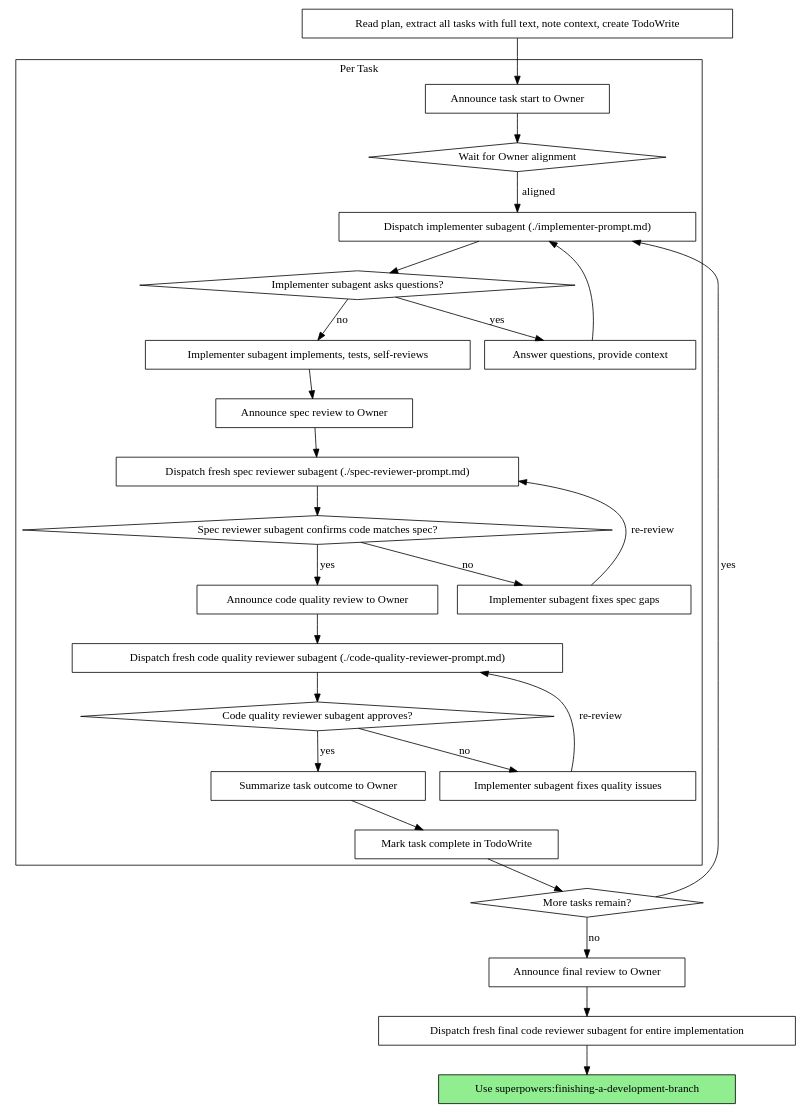
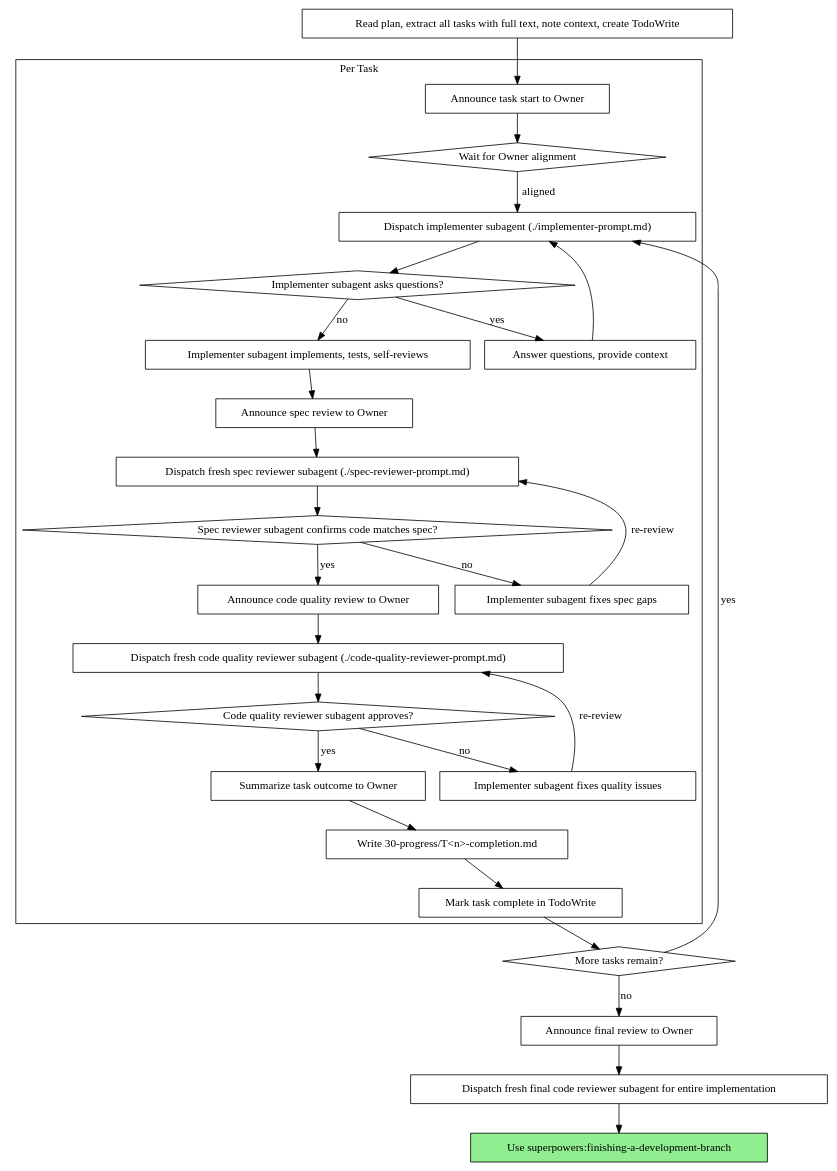
Before and after one commit to Brcoinlearning/VibeCoding-SOP: the second of 2 diagrams in skills/subagent-driven-development/SKILL.md, drawn with Graphviz. The commit also changed other lines of this file and 3 other files, not shown here.

````diff
--- a/skills/subagent-driven-development/SKILL.md
+++ b/skills/subagent-driven-development/SKILL.md
@@ -52,56 +132,58 @@
 ```dot
 digraph process {
     rankdir=TB;
 
     subgraph cluster_per_task {
         label="Per Task";
         "Announce task start to Owner" [shape=box];
         "Wait for Owner alignment" [shape=diamond];
         "Dispatch implementer subagent (./implementer-prompt.md)" [shape=box];
         "Implementer subagent asks questions?" [shape=diamond];
         "Answer questions, provide context" [shape=box];
         "Implementer subagent implements, tests, self-reviews" [shape=box];
         "Announce spec review to Owner" [shape=box];
         "Dispatch fresh spec reviewer subagent (./spec-reviewer-prompt.md)" [shape=box];
         "Spec reviewer subagent confirms code matches spec?" [shape=diamond];
         "Implementer subagent fixes spec gaps" [shape=box];
         "Announce code quality review to Owner" [shape=box];
         "Dispatch fresh code quality reviewer subagent (./code-quality-reviewer-prompt.md)" [shape=box];
         "Code quality reviewer subagent approves?" [shape=diamond];
         "Implementer subagent fixes quality issues" [shape=box];
         "Summarize task outcome to Owner" [shape=box];
+        "Write 30-progress/T<n>-completion.md" [shape=box];
         "Mark task complete in TodoWrite" [shape=box];
     }
 
     "Read plan, extract all tasks with full text, note context, create TodoWrite" [shape=box];
     "More tasks remain?" [shape=diamond];
     "Announce final review to Owner" [shape=box];
     "Dispatch fresh final code reviewer subagent for entire implementation" [shape=box];
     "Use superpowers:finishing-a-development-branch" [shape=box style=filled fillcolor=lightgreen];
 
     "Read plan, extract all tasks with full text, note context, create TodoWrite" -> "Announce task start to Owner";
     "Announce task start to Owner" -> "Wait for Owner alignment";
     "Wait for Owner alignment" -> "Dispatch implementer subagent (./implementer-prompt.md)" [label="aligned"];
     "Dispatch implementer subagent (./implementer-prompt.md)" -> "Implementer subagent asks questions?";
     "Implementer subagent asks questions?" -> "Answer questions, provide context" [label="yes"];
     "Answer questions, provide context" -> "Dispatch implementer subagent (./implementer-prompt.md)";
     "Implementer subagent asks questions?" -> "Implementer subagent implements, tests, self-reviews" [label="no"];
     "Implementer subagent implements, tests, self-reviews" -> "Announce spec review to Owner";
     "Announce spec review to Owner" -> "Dispatch fresh spec reviewer subagent (./spec-reviewer-prompt.md)";
     "Dispatch fresh spec reviewer subagent (./spec-reviewer-prompt.md)" -> "Spec reviewer subagent confirms code matches spec?";
     "Spec reviewer subagent confirms code matches spec?" -> "Implementer subagent fixes spec gaps" [label="no"];
     "Implementer subagent fixes spec gaps" -> "Dispatch fresh spec reviewer subagent (./spec-reviewer-prompt.md)" [label="re-review"];
     "Spec reviewer subagent confirms code matches spec?" -> "Announce code quality review to Owner" [label="yes"];
     "Announce code quality review to Owner" -> "Dispatch fresh code quality reviewer subagent (./code-quality-reviewer-prompt.md)";
     "Dispatch fresh code quality reviewer subagent (./code-quality-reviewer-prompt.md)" -> "Code quality reviewer subagent approves?";
     "Code quality reviewer subagent approves?" -> "Implementer subagent fixes quality issues" [label="no"];
     "Implementer subagent fixes quality issues" -> "Dispatch fresh code quality reviewer subagent (./code-quality-reviewer-prompt.md)" [label="re-review"];
     "Code quality reviewer subagent approves?" -> "Summarize task outcome to Owner" [label="yes"];
-    "Summarize task outcome to Owner" -> "Mark task complete in TodoWrite";
+    "Summarize task outcome to Owner" -> "Write 30-progress/T<n>-completion.md";
+    "Write 30-progress/T<n>-completion.md" -> "Mark task complete in TodoWrite";
     "Mark task complete in TodoWrite" -> "More tasks remain?";
     "More tasks remain?" -> "Dispatch implementer subagent (./implementer-prompt.md)" [label="yes"];
     "More tasks remain?" -> "Announce final review to Owner" [label="no"];
     "Announce final review to Owner" -> "Dispatch fresh final code reviewer subagent for entire implementation";
     "Dispatch fresh final code reviewer subagent for entire implementation" -> "Use superpowers:finishing-a-development-branch";
 }
 ```
````
